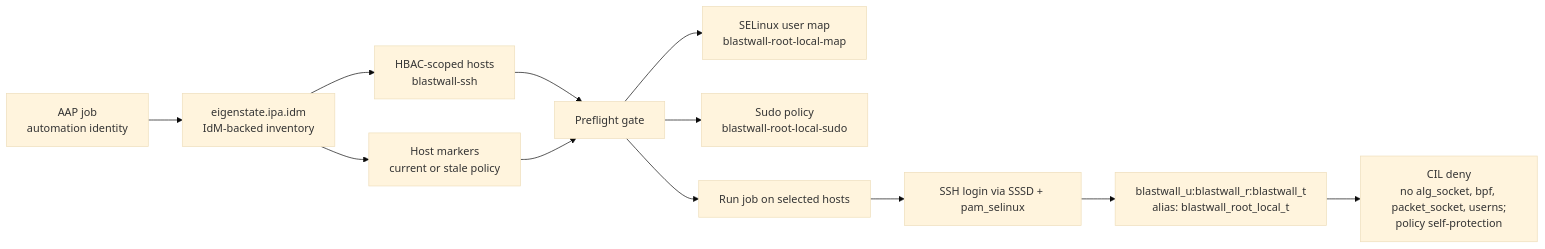
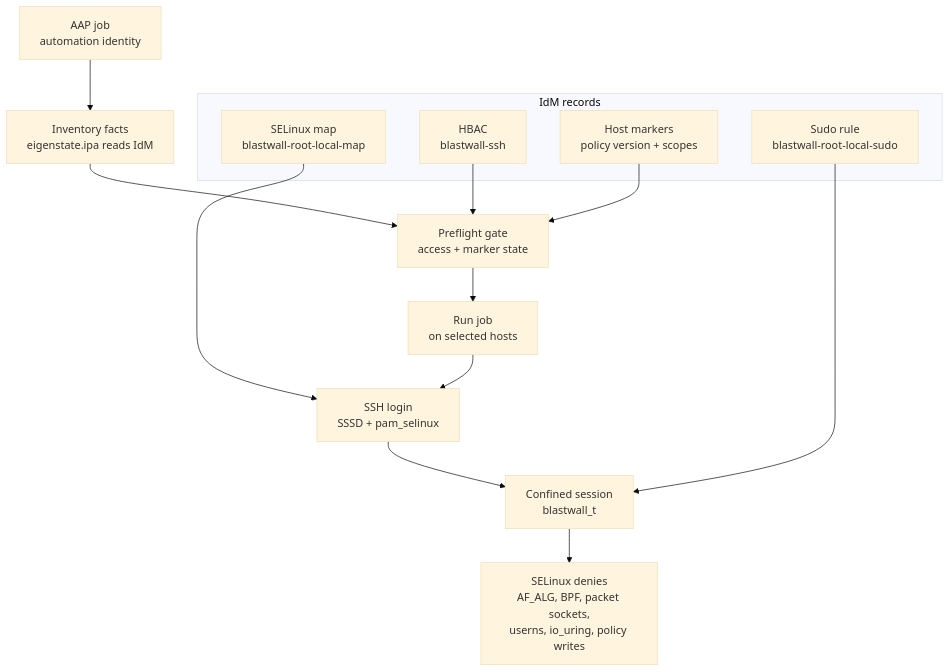
The diagram in docs/assets/diagrams/architecture-flow.mmd (gprocunier/blastwall), drawn with Mermaid (base theme) before and after one commit. The commit also changed 72 other files, not shown here.

```diff
--- a/docs/assets/diagrams/architecture-flow.mmd
+++ b/docs/assets/diagrams/architecture-flow.mmd
@@ -1,12 +1,19 @@
-flowchart LR
-    AAP["AAP job<br/>automation identity"] --> INV["eigenstate.ipa.idm<br/>IdM-backed inventory"]
-    INV --> HBAC["HBAC-scoped hosts<br/>blastwall-ssh"]
-    INV --> MARKERS["Host markers<br/>current or stale policy"]
-    HBAC --> PREFLIGHT["Preflight gate"]
+flowchart TB
+    AAP["AAP job<br/>automation identity"] --> INV["Inventory facts<br/>eigenstate.ipa reads IdM"]
+
+    subgraph IDM["IdM records"]
+      HBAC["HBAC<br/>blastwall-ssh"]
+      MARKERS["Host markers<br/>policy version + scopes"]
+      MAP["SELinux map<br/>blastwall-root-local-map"]
+      SUDO["Sudo rule<br/>blastwall-root-local-sudo"]
+    end
+
+    INV --> PREFLIGHT["Preflight gate<br/>access + marker state"]
+    HBAC --> PREFLIGHT
     MARKERS --> PREFLIGHT
-    PREFLIGHT --> MAP["SELinux user map<br/>blastwall-root-local-map"]
-    PREFLIGHT --> SUDO["Sudo policy<br/>blastwall-root-local-sudo"]
-    PREFLIGHT --> RUN["Run job on selected hosts"]
-    RUN --> LOGIN["SSH login via SSSD + pam_selinux"]
-    LOGIN --> DOMAIN["blastwall_u:blastwall_r:blastwall_t<br/>alias: blastwall_root_local_t"]
-    DOMAIN --> DENY["CIL deny<br/>no alg_socket, bpf, packet_socket, userns;<br/>policy self-protection"]
+    PREFLIGHT --> RUN["Run job<br/>on selected hosts"]
+    MAP --> LOGIN["SSH login<br/>SSSD + pam_selinux"]
+    RUN --> LOGIN
+    LOGIN --> DOMAIN["Confined session<br/>blastwall_t"]
+    SUDO --> DOMAIN
+    DOMAIN --> DENY["SELinux denies<br/>AF_ALG, BPF, packet sockets,<br/>userns, io_uring, policy writes"]
```
